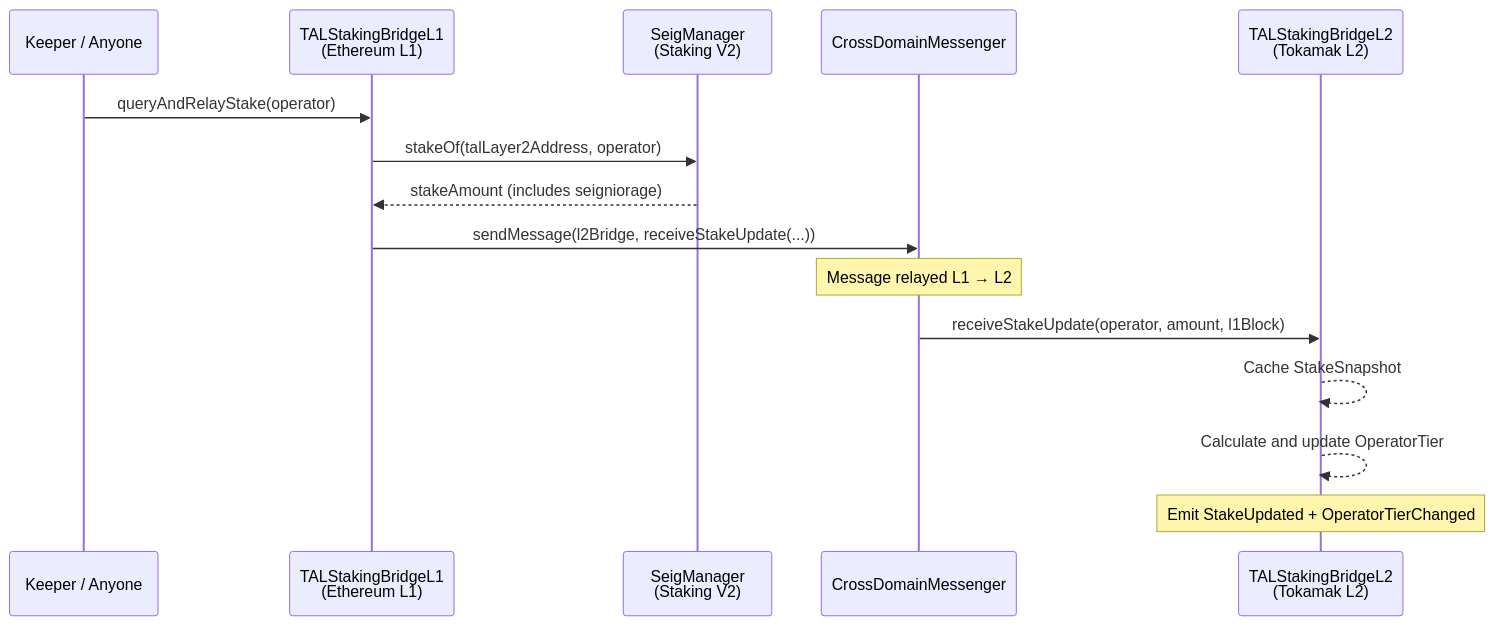
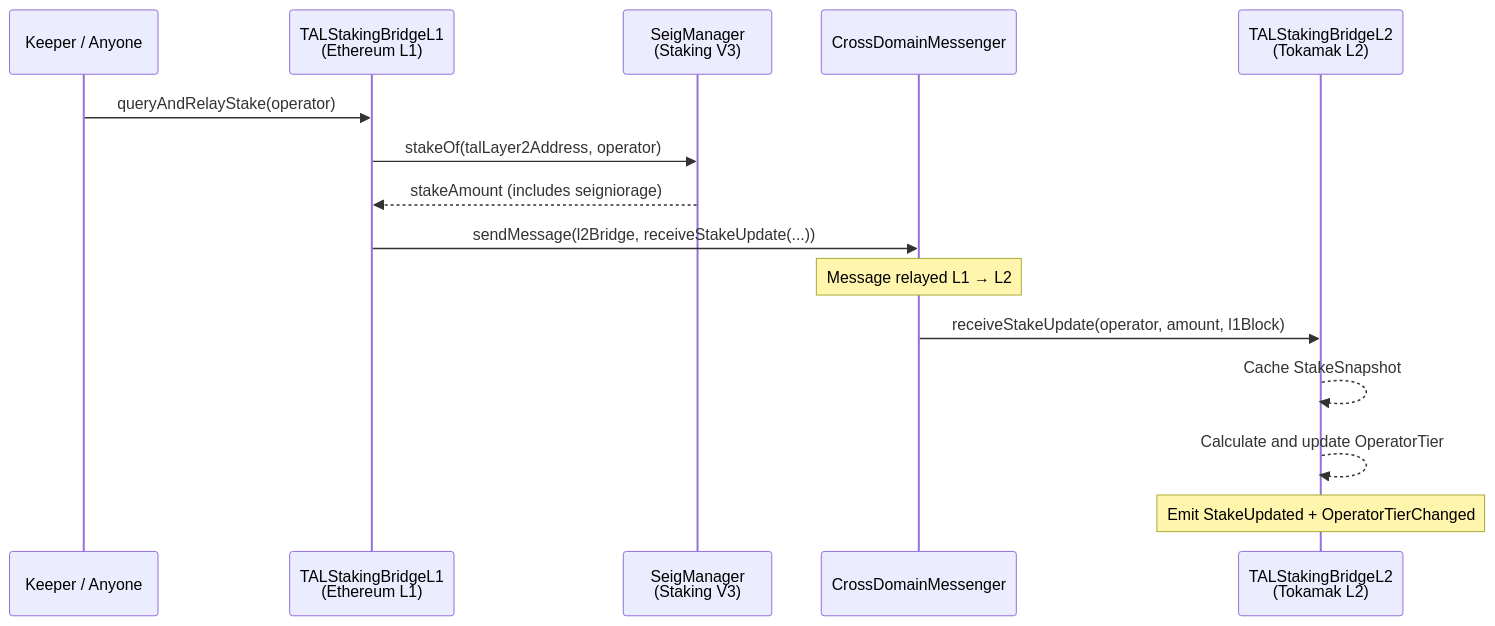
Before and after one commit to Mehd1b/Tokamak-AI-Layer: the second of 3 diagrams in docs/docs/architecture/cross-layer-bridge.md, drawn with Mermaid. The commit also changed other lines of this file and 21 other files, not shown here.

````diff
--- a/docs/docs/architecture/cross-layer-bridge.md
+++ b/docs/docs/architecture/cross-layer-bridge.md
@@ -79,18 +79,18 @@
 ```mermaid
 sequenceDiagram
     participant Keeper as Keeper / Anyone
     participant SBL1 as TALStakingBridgeL1<br/>(Ethereum L1)
-    participant SM as SeigManager<br/>(Staking V2)
+    participant SM as SeigManager<br/>(Staking V3)
     participant CDM as CrossDomainMessenger
     participant SBL2 as TALStakingBridgeL2<br/>(Tokamak L2)
 
     Keeper->>SBL1: queryAndRelayStake(operator)
     SBL1->>SM: stakeOf(talLayer2Address, operator)
     SM-->>SBL1: stakeAmount (includes seigniorage)
     SBL1->>CDM: sendMessage(l2Bridge, receiveStakeUpdate(...))
     Note over CDM: Message relayed L1 → L2
     CDM->>SBL2: receiveStakeUpdate(operator, amount, l1Block)
     SBL2-->>SBL2: Cache StakeSnapshot
     SBL2-->>SBL2: Calculate and update OperatorTier
     Note over SBL2: Emit StakeUpdated + OperatorTierChanged
 ```
````
